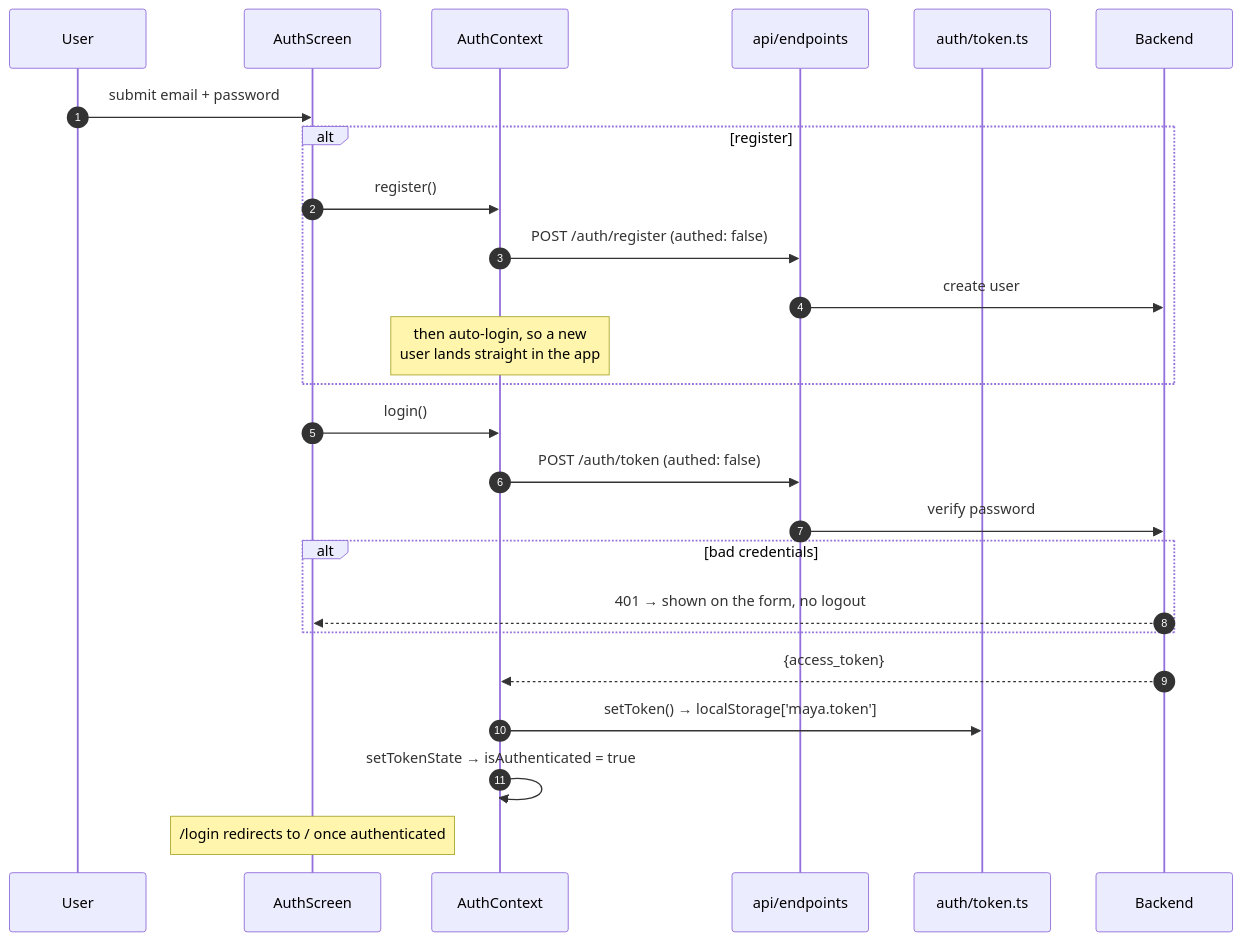
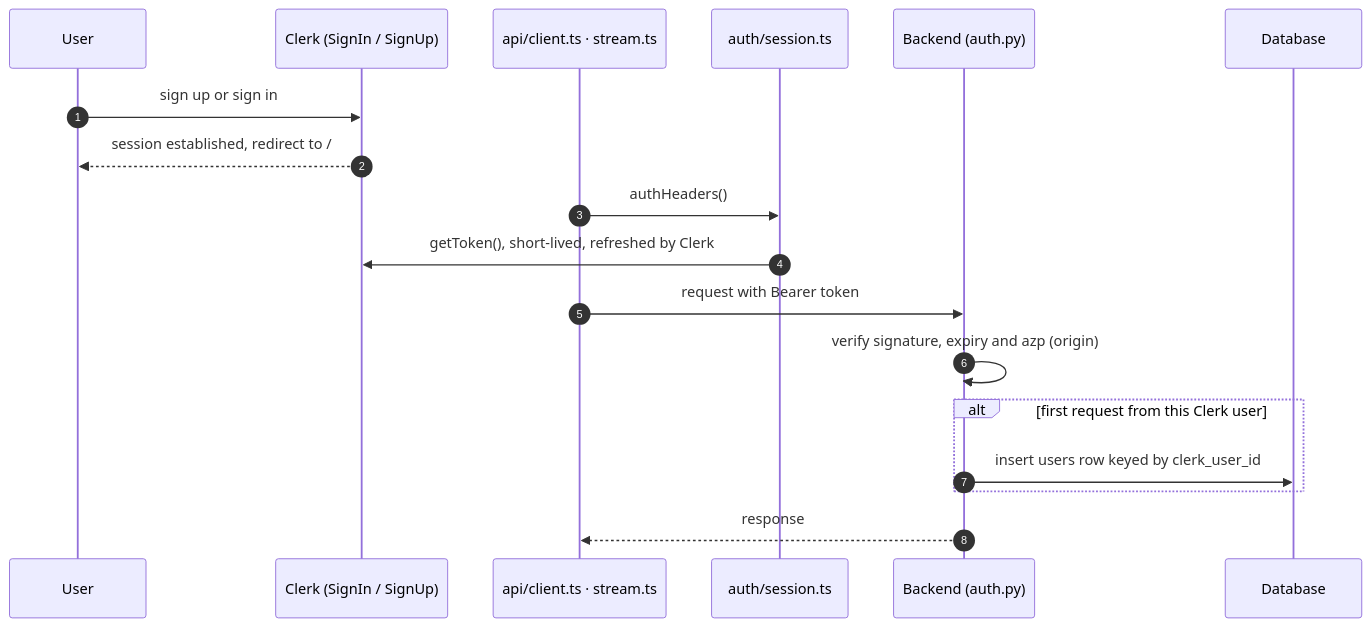
One commit to Akazz-L/maya changed the first of 6 diagrams in docs/diagrams/05-frontend-flows.md. Above: the diagram before and after it, drawn with Mermaid. The commit also changed other lines of this file and 71 other files, not shown here.

````diff
--- a/docs/diagrams/05-frontend-flows.md
+++ b/docs/diagrams/05-frontend-flows.md
@@ -7,28 +10,21 @@
 ```mermaid
 sequenceDiagram
     autonumber
     participant U as User
-    participant AS as AuthScreen
-    participant AC as AuthContext
-    participant EP as api/endpoints
-    participant TK as auth/token.ts
-    participant BE as Backend
+    participant CL as Clerk (SignIn / SignUp)
+    participant API as api/client.ts · stream.ts
+    participant SE as auth/session.ts
+    participant BE as Backend (auth.py)
+    participant DB as Database
 
-    U->>AS: submit email + password
-    alt register
-        AS->>AC: register()
-        AC->>EP: POST /auth/register  (authed: false)
-        EP->>BE: create user
-        Note over AC: then auto-login, so a new<br/>user lands straight in the app
+    U->>CL: sign up or sign in
+    CL-->>U: session established, redirect to /
+    API->>SE: authHeaders()
+    SE->>CL: getToken(), short-lived, refreshed by Clerk
+    API->>BE: request with Bearer token
+    BE->>BE: verify signature, expiry and azp (origin)
+    alt first request from this Clerk user
+        BE->>DB: insert users row keyed by clerk_user_id
     end
-    AS->>AC: login()
-    AC->>EP: POST /auth/token  (authed: false)
-    EP->>BE: verify password
-    alt bad credentials
-        BE-->>AS: 401 → shown on the form, no logout
-    end
-    BE-->>AC: {access_token}
-    AC->>TK: setToken() → localStorage['maya.token']
-    AC->>AC: setTokenState → isAuthenticated = true
-    Note over AS: /login redirects to / once authenticated
+    BE-->>API: response
 ```
````
